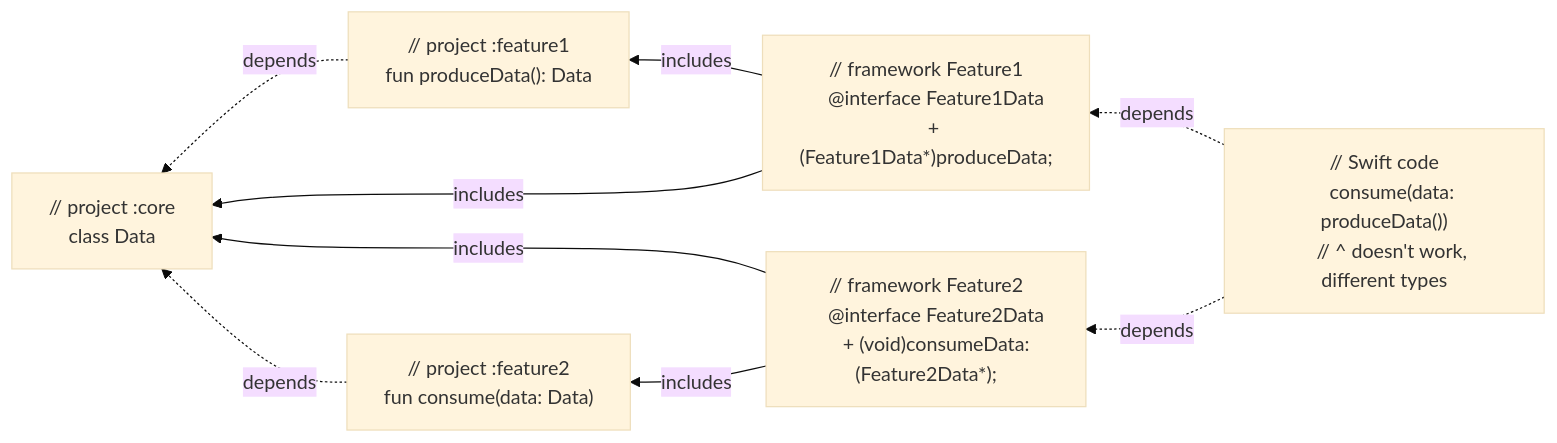
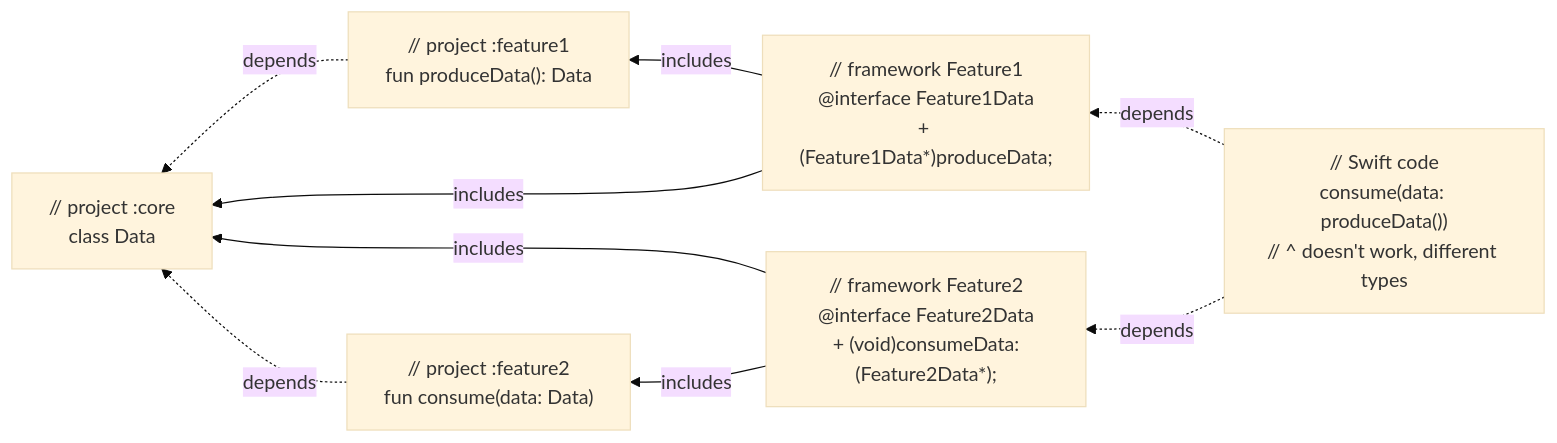
The fourth of 5 diagrams in docs/native/compilation-model.md (JetBrains/kotlin), drawn with Mermaid (base theme) before and after one commit. The commit also changed other lines of this file and 57 other files, not shown here.

First line of the commit message:
[K/N] Add deep dives and diagrams to the Native knowledge base

````diff
--- a/docs/native/compilation-model.md
+++ b/docs/native/compilation-model.md
@@ -357,32 +384,22 @@
 ```mermaid
 flowchart RL
-    core["// project :core
-    class Data"]
-    feature1["// project :feature1
-    fun produceData(): Data"]
-    feature2["// project :feature2
-    fun consume(data: Data)"]
+    core["// project :core<br/>class Data"]
+    feature1["// project :feature1<br/>fun produceData(): Data"]
+    feature2["// project :feature2<br/>fun consume(data: Data)"]
 
     feature1 -.->|depends| core
     feature2 -.->|depends| core
 
-    framework1["// framework Feature1
-    @interface Feature1Data
-    + (Feature1Data*)produceData;"]
-    framework2["// framework Feature2
-    @interface Feature2Data
-    + (void)consumeData:(Feature2Data*);"]
+    framework1["// framework Feature1<br/>@interface Feature1Data<br/>+ (Feature1Data*)produceData;"]
+    framework2["// framework Feature2<br/>@interface Feature2Data<br/>+ (void)consumeData:(Feature2Data*);"]
 
-    framework1 -->|includes|feature1
-    framework1 -->|includes|core
-    framework2 -->|includes|core
-    framework2 -->|includes|feature2
+    framework1 -->|includes| feature1
+    framework1 -->|includes| core
+    framework2 -->|includes| core
+    framework2 -->|includes| feature2
 
-    swift["// Swift code
-    consume(data: produceData())
-    // ^ doesn't work, different types"]
+    swift["// Swift code<br/>consume(data: produceData())<br/>// ^ doesn't work, different types"]
 
     swift -.->|depends| framework1
     swift -.->|depends| framework2
-    
 ```
````
